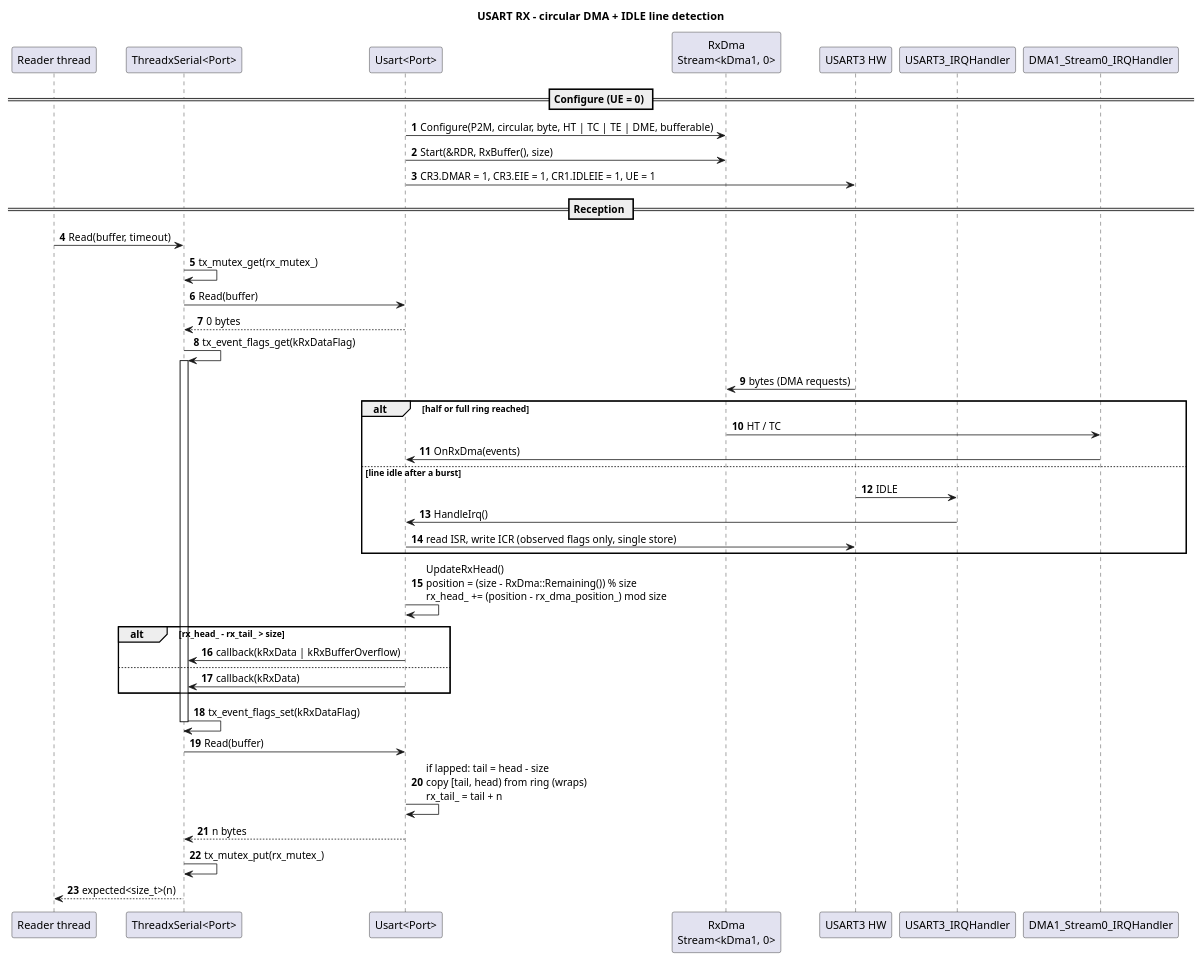
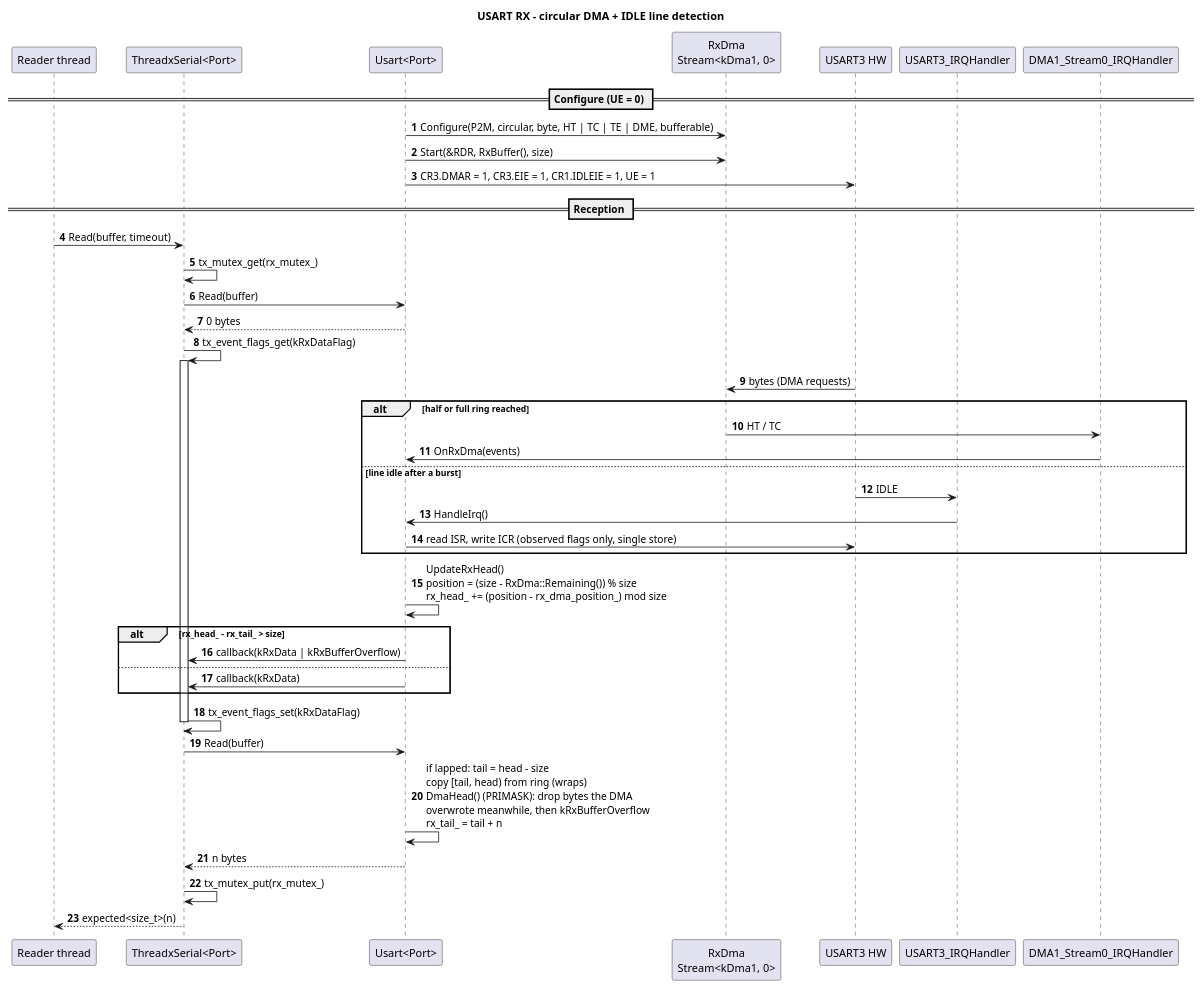
The diagram in docs/uart/usart_rx_sequence.puml (ertekinsener/stm32h7-drivers), drawn with PlantUML before and after one commit. The commit also changed 4 other files, not shown here.

```diff
--- a/docs/uart/usart_rx_sequence.puml
+++ b/docs/uart/usart_rx_sequence.puml
@@ -1,49 +1,49 @@
 @startuml usart_rx_sequence
 title USART RX - circular DMA + IDLE line detection
 autonumber
 
 participant "Reader thread" as T
 participant "ThreadxSerial<Port>" as S
 participant "Usart<Port>" as U
 participant "RxDma\nStream<kDma1, 0>" as D
 participant "USART3 HW" as HW
 participant "USART3_IRQHandler" as UI
 participant "DMA1_Stream0_IRQHandler" as DI
 
 == Configure (UE = 0) ==
 U -> D : Configure(P2M, circular, byte, HT | TC | TE | DME, bufferable)
 U -> D : Start(&RDR, RxBuffer(), size)
 U -> HW : CR3.DMAR = 1, CR3.EIE = 1, CR1.IDLEIE = 1, UE = 1
 
 == Reception ==
 T -> S : Read(buffer, timeout)
 S -> S : tx_mutex_get(rx_mutex_)
 S -> U : Read(buffer)
 U --> S : 0 bytes
 S -> S : tx_event_flags_get(kRxDataFlag)
 activate S
 
 HW -> D : bytes (DMA requests)
 alt half or full ring reached
   D -> DI : HT / TC
   DI -> U : OnRxDma(events)
 else line idle after a burst
   HW -> UI : IDLE
   UI -> U : HandleIrq()
   U -> HW : read ISR, write ICR (observed flags only, single store)
 end
 U -> U : UpdateRxHead()\nposition = (size - RxDma::Remaining()) % size\nrx_head_ += (position - rx_dma_position_) mod size
 alt rx_head_ - rx_tail_ > size
   U -> S : callback(kRxData | kRxBufferOverflow)
 else
   U -> S : callback(kRxData)
 end
 S -> S : tx_event_flags_set(kRxDataFlag)
 deactivate S
 
 S -> U : Read(buffer)
-U -> U : if lapped: tail = head - size\ncopy [tail, head) from ring (wraps)\nrx_tail_ = tail + n
+U -> U : if lapped: tail = head - size\ncopy [tail, head) from ring (wraps)\nDmaHead() (PRIMASK): drop bytes the DMA\noverwrote meanwhile, then kRxBufferOverflow\nrx_tail_ = tail + n
 U --> S : n bytes
 S -> S : tx_mutex_put(rx_mutex_)
 S --> T : expected<size_t>(n)
 @enduml
```
